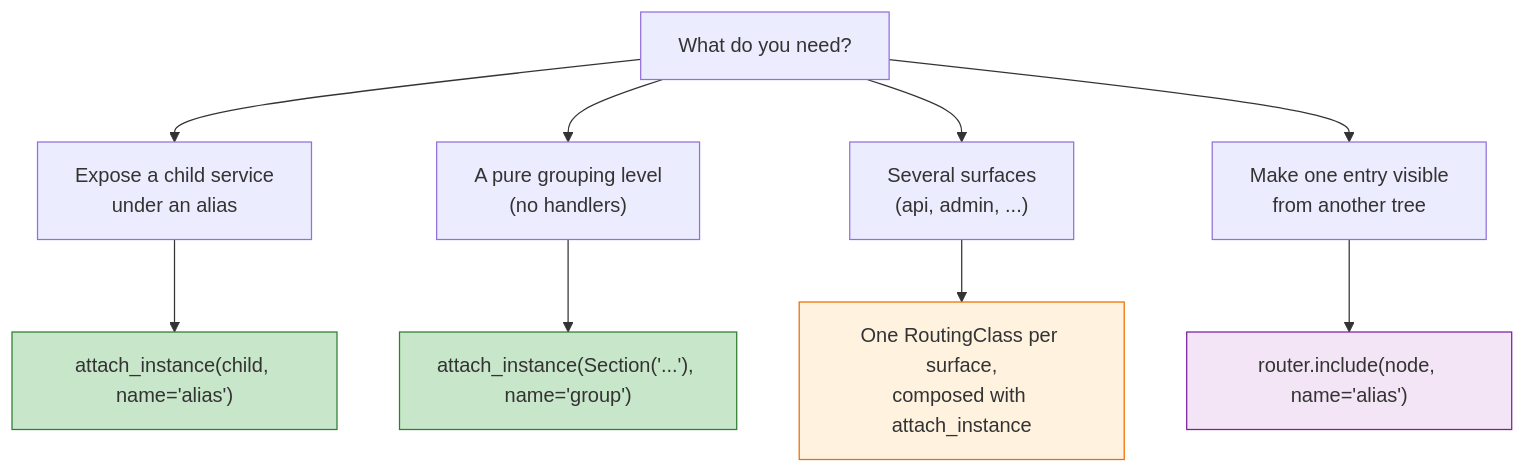
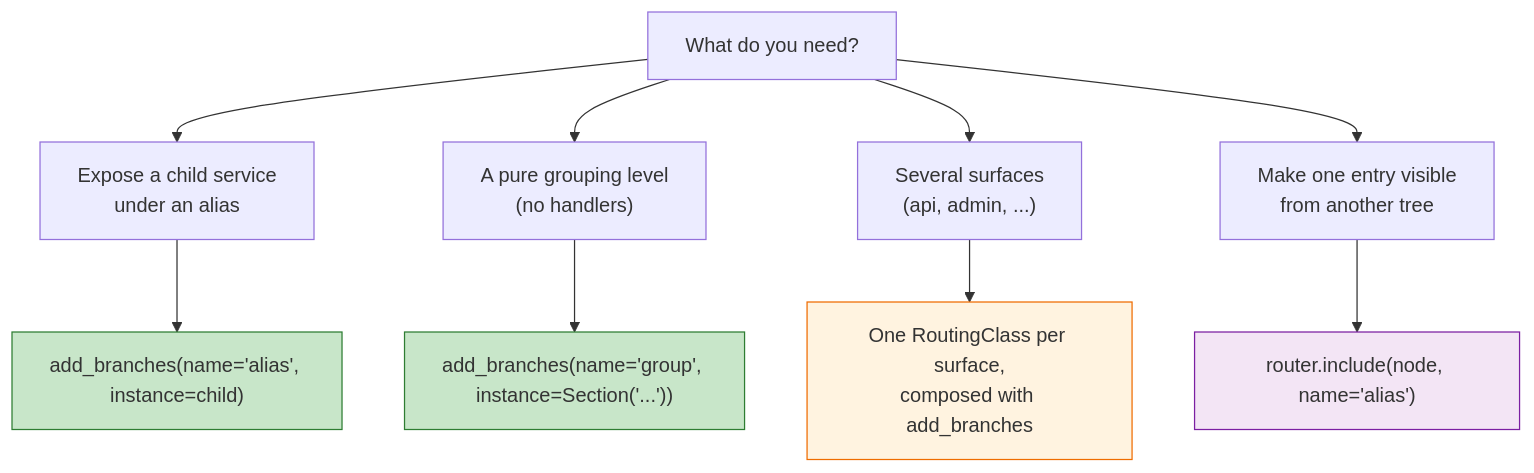
The sixth of 6 diagrams in docs/guide/attach-instance-visual-guide.md (genropy/genro-routes), drawn with Mermaid before and after one commit. The commit also changed other lines of this file and 20 other files, not shown here.

First line of the commit message:
docs: rewrite branches guide and examples for the add_branches instance form

````diff
--- a/docs/guide/attach-instance-visual-guide.md
+++ b/docs/guide/attach-instance-visual-guide.md
@@ -300,17 +295,17 @@
 ```mermaid
 flowchart TD
     A["What do you need?"] --> B["Expose a child service\nunder an alias"]
     A --> C["A pure grouping level\n(no handlers)"]
     A --> D["Several surfaces\n(api, admin, ...)"]
     A --> E["Make one entry visible\nfrom another tree"]
 
-    B --> F["attach_instance(child, name='alias')"]
-    C --> G["attach_instance(Section('...'), name='group')"]
-    D --> H["One RoutingClass per surface,\ncomposed with attach_instance"]
+    B --> F["add_branches(name='alias', instance=child)"]
+    C --> G["add_branches(name='group', instance=Section('...'))"]
+    D --> H["One RoutingClass per surface,\ncomposed with add_branches"]
     E --> I["router.include(node, name='alias')"]
 
     style F fill:#c8e6c9,stroke:#2e7d32
     style G fill:#c8e6c9,stroke:#2e7d32
     style H fill:#fff3e0,stroke:#ef6c00
     style I fill:#f3e5f5,stroke:#7b1fa2
 ```
````
